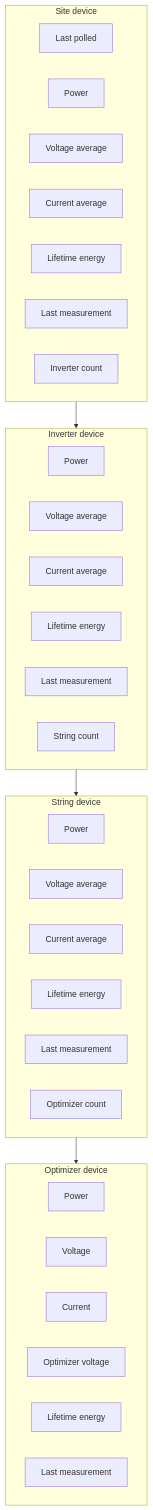
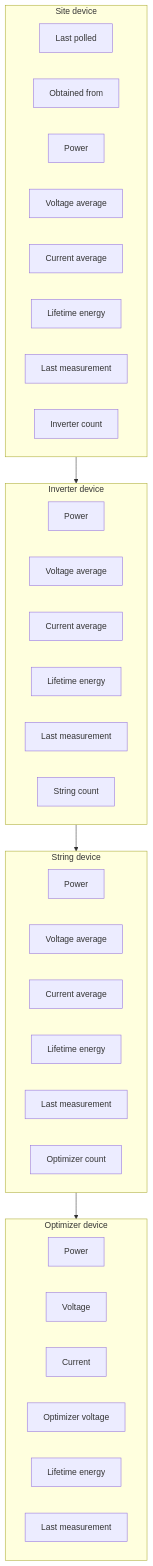
The second of 4 diagrams in custom_components/solaredgeoptimizers/docs/Wiki-Home.md (AndrewTapp/solaredgeoptimizers), drawn with Mermaid before and after one commit. The commit also changed other lines of this file, not shown here.

````diff
--- a/custom_components/solaredgeoptimizers/docs/Wiki-Home.md
+++ b/custom_components/solaredgeoptimizers/docs/Wiki-Home.md
@@ -110,43 +110,44 @@
 ```mermaid
 flowchart TD
     subgraph Site[Site device]
         LP[Last polled]
+        OF[Obtained from]
         S_P[Power]
         S_V[Voltage average]
         S_C[Current average]
         S_E[Lifetime energy]
         S_L[Last measurement]
         S_I[Inverter count]
     end
 
     subgraph Inv[Inverter device]
         I_P[Power]
         I_V[Voltage average]
         I_C[Current average]
         I_E[Lifetime energy]
         I_L[Last measurement]
         I_S[String count]
     end
 
     subgraph Str[String device]
         R_P[Power]
         R_V[Voltage average]
         R_C[Current average]
         R_E[Lifetime energy]
         R_L[Last measurement]
         R_O[Optimizer count]
     end
 
     subgraph Opt[Optimizer device]
         O_P[Power]
         O_V[Voltage]
         O_C[Current]
         O_OV[Optimizer voltage]
         O_E[Lifetime energy]
         O_L[Last measurement]
     end
 
     Site --> Inv
     Inv --> Str
     Str --> Opt
 ```
````
